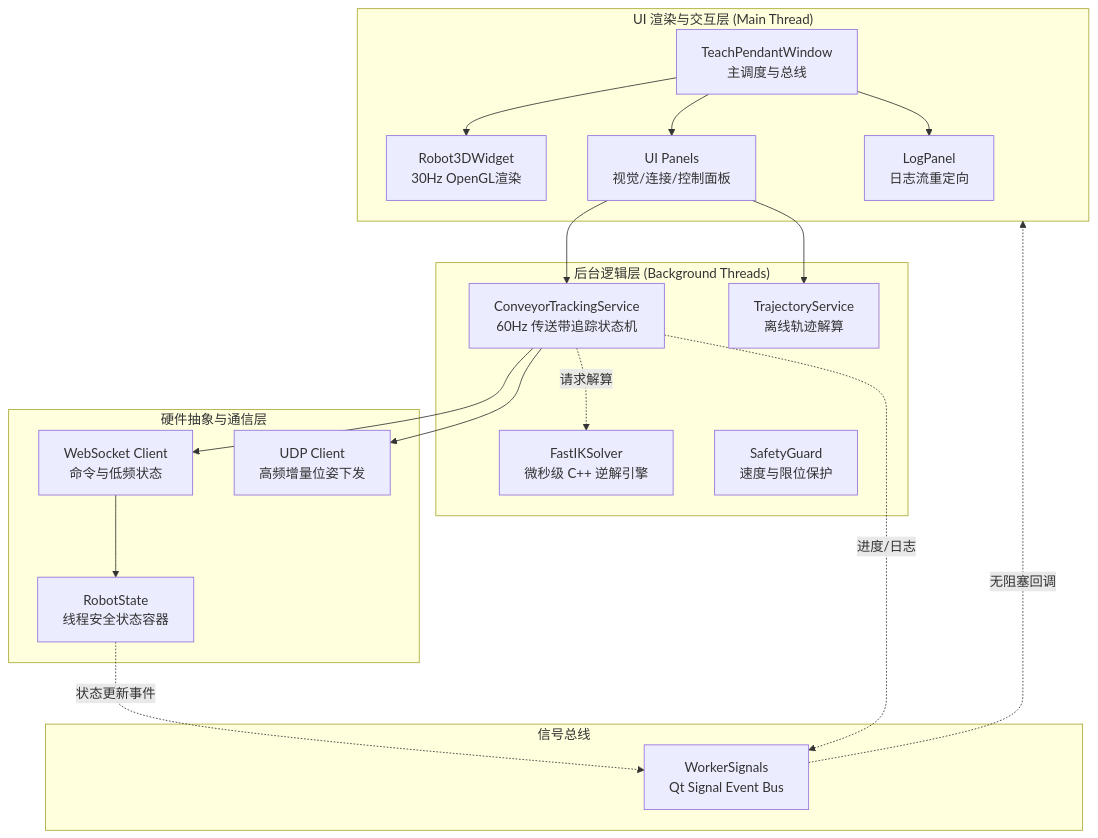
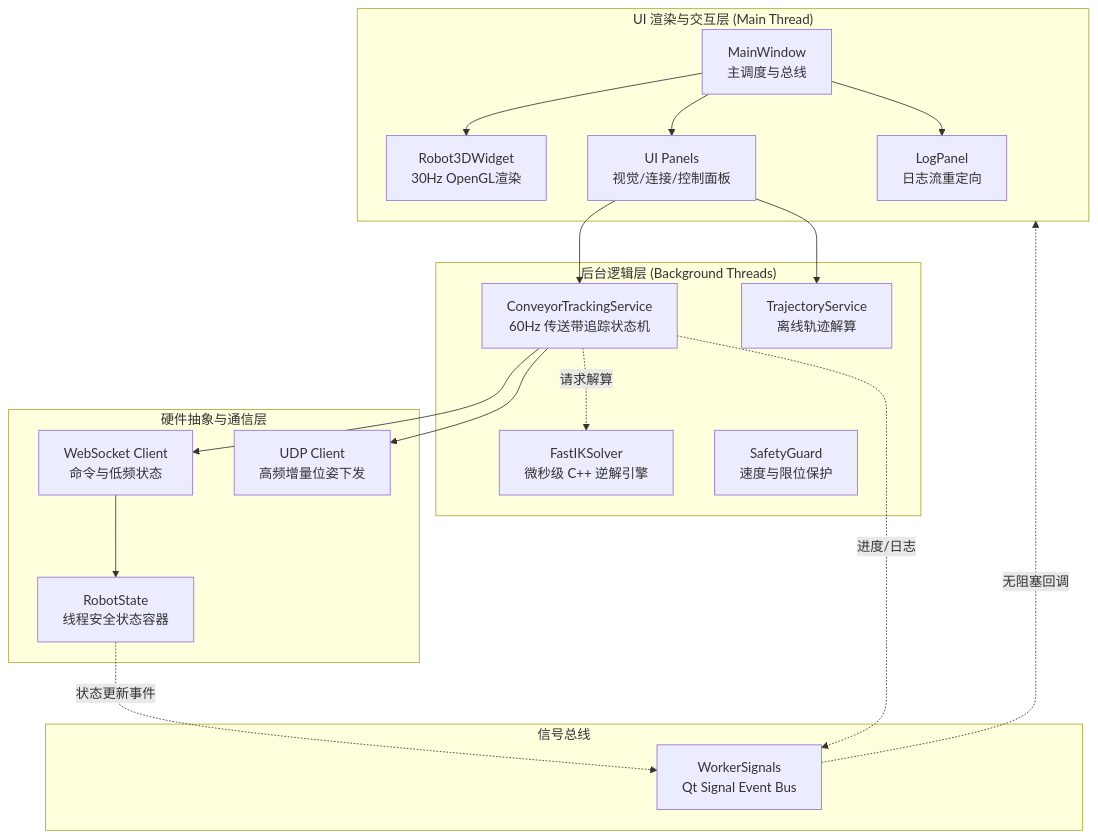
The first of 2 diagrams in docs/ARCHITECTURE.md (JaGuarPENG/python-robotics-sim), drawn with Mermaid before and after one commit. The commit also changed other lines of this file and 5 other files, not shown here.

First line of the commit message:
docs: 统一项目名称，将 Teach Pendant 改为 KAANH_Digital_Twin

````diff
--- a/docs/ARCHITECTURE.md
+++ b/docs/ARCHITECTURE.md
@@ -43,42 +43,42 @@
 ```mermaid
 graph TB
     subgraph UI层["UI 渲染与交互层 (Main Thread)"]
-        Main[TeachPendantWindow<br/>主调度与总线]
+        Main[MainWindow<br/>主调度与总线]
         3D[Robot3DWidget<br/>30Hz OpenGL渲染]
         Panels[UI Panels<br/>视觉/连接/控制面板]
         Log[LogPanel<br/>日志流重定向]
     end
 
     subgraph 信号层["信号总线"]
         Sig[WorkerSignals<br/>Qt Signal Event Bus]
     end
 
     subgraph 逻辑层["后台逻辑层 (Background Threads)"]
         Tracking[ConveyorTrackingService<br/>60Hz 传送带追踪状态机]
         Traj[TrajectoryService<br/>离线轨迹解算]
         IK[FastIKSolver<br/>微秒级 C++ 逆解引擎]
         Safety[SafetyGuard<br/>速度与限位保护]
     end
 
     subgraph 硬件层["硬件抽象与通信层"]
         State[RobotState<br/>线程安全状态容器]
         WS[WebSocket Client<br/>命令与低频状态]
         UDP[UDP Client<br/>高频增量位姿下发]
     end
 
     Main --> 3D
     Main --> Panels
     Main --> Log
     
     Panels --> Tracking
     Panels --> Traj
     
     Tracking -.->|请求解算| IK
     Tracking --> WS
     Tracking --> UDP
     
     WS --> State
     State -.->|状态更新事件| Sig
     Tracking -.->|进度/日志| Sig
     Sig -.->|无阻塞回调| UI层
 ```
````
